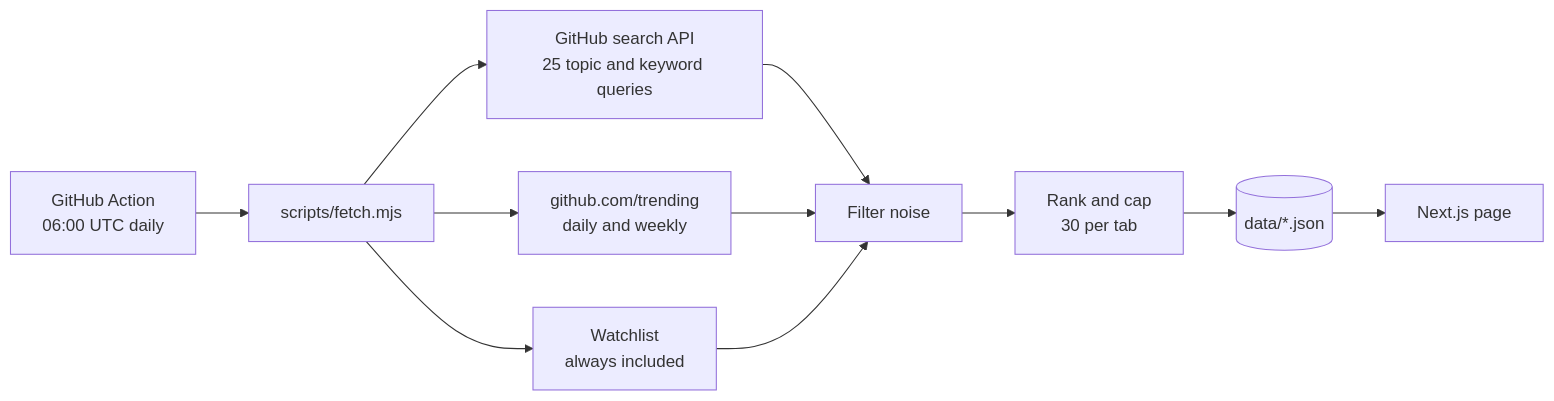
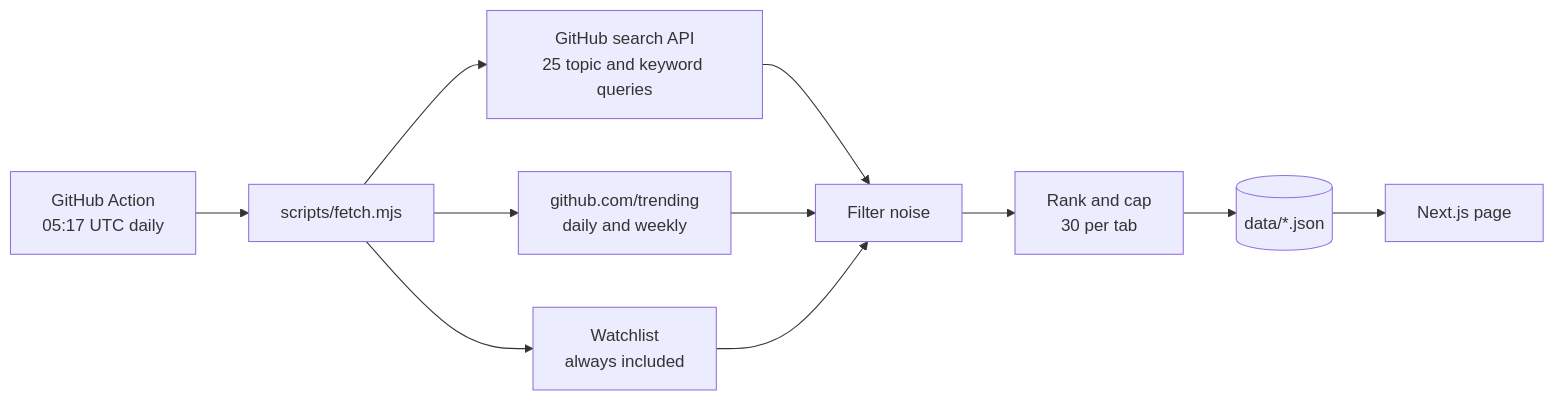
One commit to gaderOussama/github_trends changed the second of 6 diagrams in README.md. Above: the diagram before and after it, drawn with Mermaid. The commit also changed other lines of this file and 1 other file, not shown here.

First line of the commit message:
Run the daily fetch at 05:17 UTC

````diff
--- a/README.md
+++ b/README.md
@@ -41,11 +41,11 @@
 ```mermaid
 flowchart LR
-    A[GitHub Action<br/>06:00 UTC daily] --> B[scripts/fetch.mjs]
+    A[GitHub Action<br/>05:17 UTC daily] --> B[scripts/fetch.mjs]
     B --> C[GitHub search API<br/>25 topic and keyword queries]
     B --> D[github.com/trending<br/>daily and weekly]
     B --> E[Watchlist<br/>always included]
     C & D & E --> F[Filter noise]
     F --> G[Rank and cap<br/>30 per tab]
     G --> H[(data/*.json)]
     H --> I[Next.js page]
 ```
````
